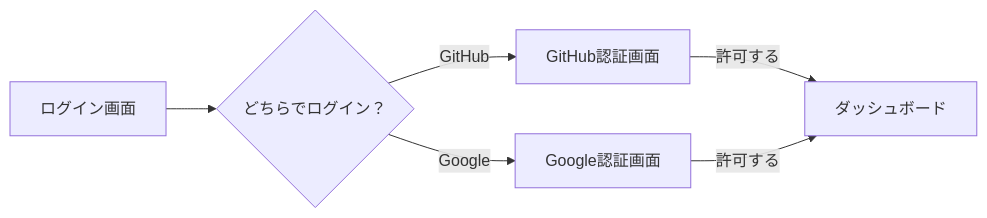
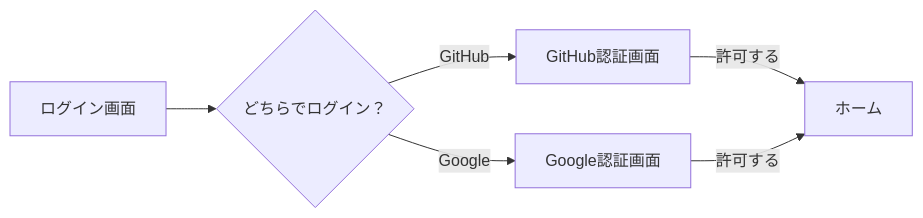
One commit to yoshiwo3/PlantUML2_Opus4.5 changed the third of 33 diagrams in docs/proposals/05_機能一覧表_20251213.md. Above: the diagram before and after it, drawn with Mermaid. The commit also changed other lines of this file and 27 other files, not shown here.

````diff
--- a/docs/proposals/05_機能一覧表_20251213.md
+++ b/docs/proposals/05_機能一覧表_20251213.md
@@ -363,8 +363,8 @@
 ```mermaid
 flowchart LR
     A[ログイン画面] --> B{どちらでログイン？}
     B -->|GitHub| C[GitHub認証画面]
     B -->|Google| D[Google認証画面]
-    C -->|許可する| E[ダッシュボード]
+    C -->|許可する| E[ホーム]
     D -->|許可する| E
 ```
````
